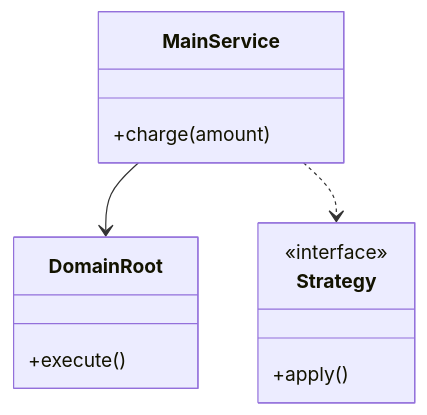
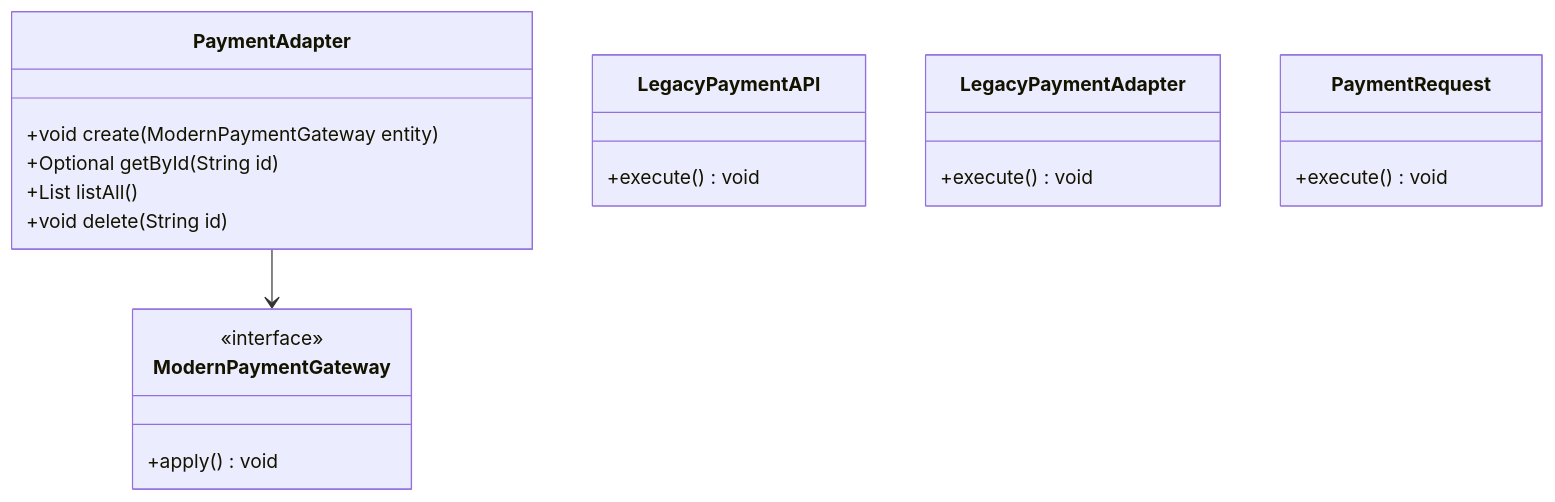
The first of 3 diagrams in Learn/System Design - Low Level Design/03-design-patterns/questions/Q07-adapter-legacy-payment.md (madhupaila/Interview-Prep-SSE), drawn with Mermaid before and after one commit. The commit also changed other lines of this file and 491 other files, not shown here.

````diff
--- a/Learn/System Design - Low Level Design/03-design-patterns/questions/Q07-adapter-legacy-payment.md
+++ b/Learn/System Design - Low Level Design/03-design-patterns/questions/Q07-adapter-legacy-payment.md
@@ -73,15 +91,23 @@
 ```mermaid
 classDiagram
-    class MainService {
-        +charge(amount)
+    class PaymentAdapter {
+        +void create(ModernPaymentGateway entity)
+        +Optional<ModernPaymentGateway> getById(String id)
+        +List<ModernPaymentGateway> listAll()
+        +void delete(String id)
     }
-    class DomainRoot {
-        +execute()
+    class ModernPaymentGateway {
+        <<interface>>
+        +apply() void
     }
-    class Strategy {
-        <<interface>>
-        +apply()
+    class LegacyPaymentAPI {
+        +execute() void
     }
-    MainService --> DomainRoot
-    MainService ..> Strategy
+    class LegacyPaymentAdapter {
+        +execute() void
+    }
+    class PaymentRequest {
+        +execute() void
+    }
+    PaymentAdapter --> ModernPaymentGateway
 ```
````
